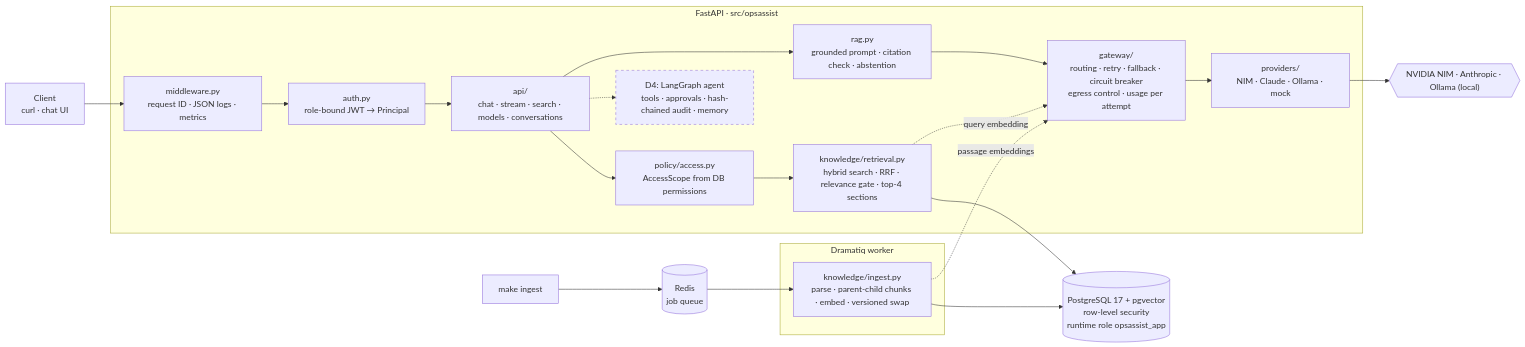
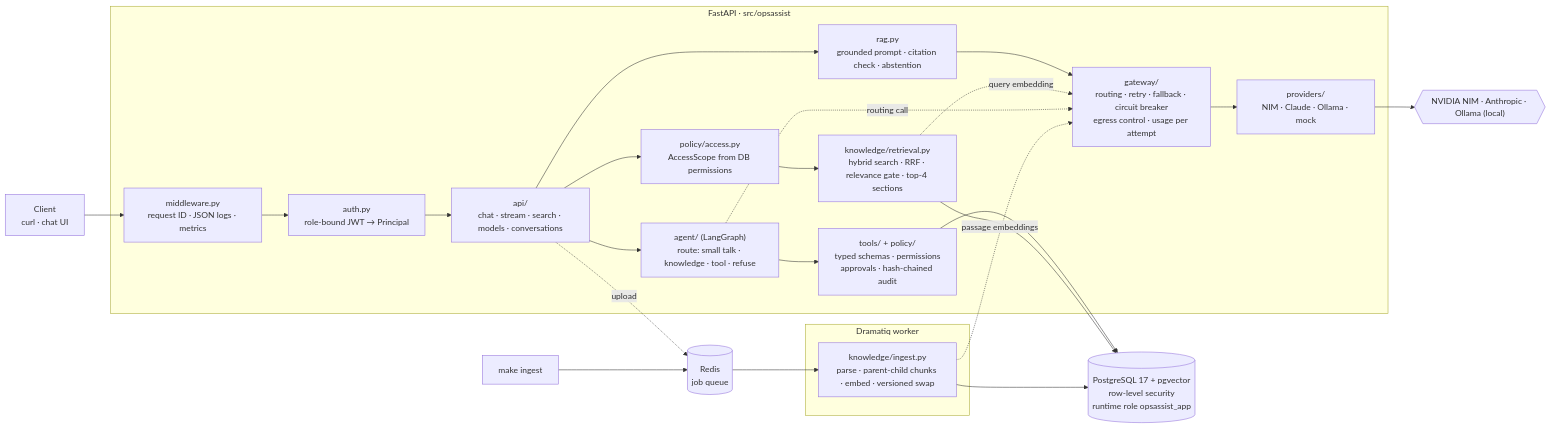
The first of 3 diagrams in README.md (minhthy1016/novax_ai_assignment), drawn with Mermaid before and after one commit. The commit also changed other lines of this file and 36 other files, not shown here.

````diff
--- a/README.md
+++ b/README.md
@@ -42,36 +42,37 @@
 ```mermaid
 flowchart LR
   client["Client<br/>curl · chat UI"]
 
   subgraph api["FastAPI · src/opsassist"]
     mw["middleware.py<br/>request ID · JSON logs · metrics"]
     auth["auth.py<br/>role-bound JWT → Principal"]
     routes["api/<br/>chat · stream · search · models · conversations"]
     policy["policy/access.py<br/>AccessScope from DB permissions"]
     retrieval["knowledge/retrieval.py<br/>hybrid search · RRF · relevance gate · top-4 sections"]
     rag["rag.py<br/>grounded prompt · citation check · abstention"]
     gateway["gateway/<br/>routing · retry · fallback · circuit breaker<br/>egress control · usage per attempt"]
     providers["providers/<br/>NIM · Claude · Ollama · mock"]
-    agent["D4: LangGraph agent<br/>tools · approvals · hash-chained audit · memory"]
+    agent["agent/ (LangGraph)<br/>route: small talk · knowledge · tool · refuse"]
+    tools["tools/ + policy/<br/>typed schemas · permissions<br/>approvals · hash-chained audit"]
   end
 
   subgraph worker["Dramatiq worker"]
     ingest["knowledge/ingest.py<br/>parse · parent-child chunks · embed · versioned swap"]
   end
 
   cli["make ingest"]
   pg[("PostgreSQL 17 + pgvector<br/>row-level security<br/>runtime role opsassist_app")]
   redis[("Redis<br/>job queue")]
   models{{"NVIDIA NIM · Anthropic · Ollama (local)"}}
 
   client --> mw --> auth --> routes
+  routes --> agent
+  agent --> tools --> pg
   routes --> policy --> retrieval --> pg
   routes --> rag --> gateway --> providers --> models
   retrieval -. "query embedding" .-> gateway
-  routes -.-> agent
+  agent -. "routing call" .-> gateway
   cli --> redis --> ingest --> pg
+  routes -. "upload" .-> redis
   ingest -. "passage embeddings" .-> gateway
-
-  classDef planned stroke-dasharray: 5 5
-  class agent planned
 ```
````
